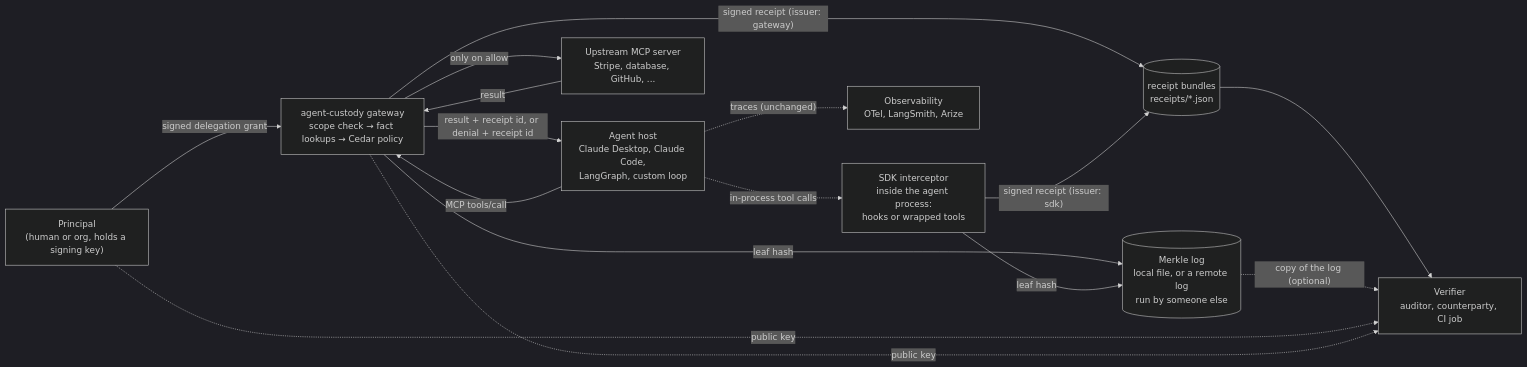
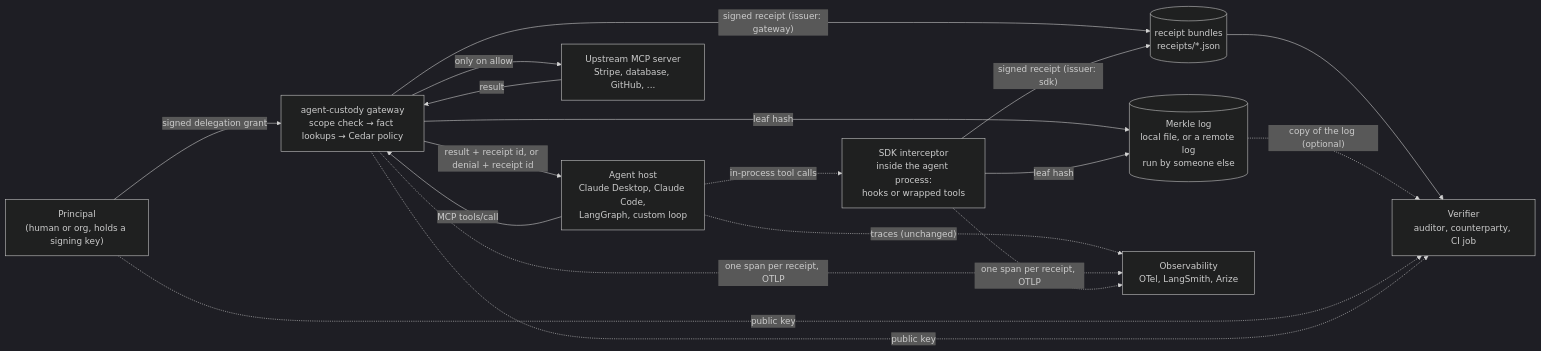
Before and after one commit to ch4r10t33r/agent-custody: the first of 3 diagrams in packages/receipts/README.md, drawn with Mermaid (dark theme). The commit also changed other lines of this file and 13 other files, not shown here.

````diff
--- a/packages/receipts/README.md
+++ b/packages/receipts/README.md
@@ -51,28 +51,30 @@
 ```mermaid
 flowchart LR
     P["Principal<br/>(human or org, holds a signing key)"]
     A["Agent host<br/>Claude Desktop, Claude Code,<br/>LangGraph, custom loop"]
     S["SDK interceptor<br/>inside the agent process:<br/>hooks or wrapped tools"]
     G["agent-custody gateway<br/>scope check → fact lookups → Cedar policy"]
     U["Upstream MCP server<br/>Stripe, database, GitHub, ..."]
     R[("receipt bundles<br/>receipts/*.json")]
     L[("Merkle log<br/>local file, or a remote log<br/>run by someone else")]
     V["Verifier<br/>auditor, counterparty, CI job"]
     O["Observability<br/>OTel, LangSmith, Arize"]
 
     P -- "signed delegation grant" --> G
     A -- "MCP tools/call" --> G
     G -- "only on allow" --> U
     U -- "result" --> G
     G -- "result + receipt id, or denial + receipt id" --> A
     G -- "signed receipt (issuer: gateway)" --> R
     G -- "leaf hash" --> L
     A -. "in-process tool calls" .-> S
     S -- "signed receipt (issuer: sdk)" --> R
     S -- "leaf hash" --> L
     R --> V
     L -. "copy of the log (optional)" .-> V
     P -. "public key" .-> V
     G -. "public key" .-> V
     A -. "traces (unchanged)" .-> O
+    G -. "one span per receipt, OTLP" .-> O
+    S -. "one span per receipt, OTLP" .-> O
 ```
````
